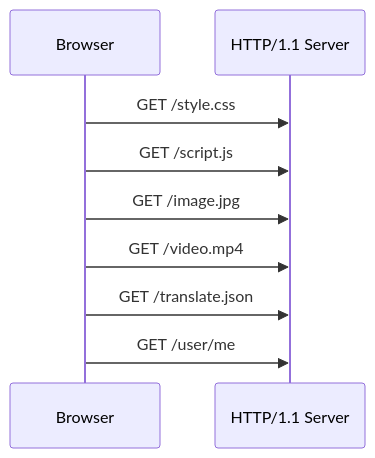
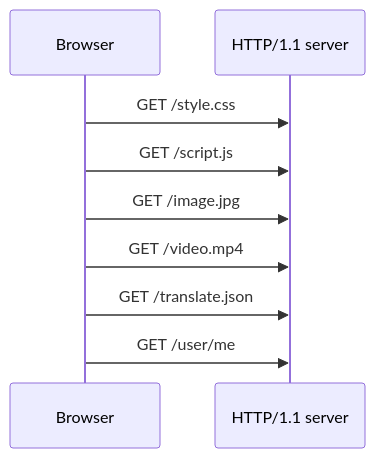
One commit to samuel871211/yusheng-tech-blog changed the diagram in docs/http/http-1.1-pipelining-and-hol-blocking.md. Above: the diagram before and after it, drawn with Mermaid. The commit also changed other lines of this file and 2 other files, not shown here.

Commit message:
http-1.1-pipelining-and-hol-blocking ok, a-download-and-content-disposition ing

````diff
--- a/docs/http/http-1.1-pipelining-and-hol-blocking.md
+++ b/docs/http/http-1.1-pipelining-and-hol-blocking.md
@@ -16,12 +16,12 @@
 ```mermaid
 sequenceDiagram
   participant Browser
-  participant HTTP/1.1 Server
+  participant HTTP/1.1 server
 
-  Browser ->> HTTP/1.1 Server: GET /style.css
-  Browser ->> HTTP/1.1 Server: GET /script.js
-  Browser ->> HTTP/1.1 Server: GET /image.jpg
-  Browser ->> HTTP/1.1 Server: GET /video.mp4
-  Browser ->> HTTP/1.1 Server: GET /translate.json
-  Browser ->> HTTP/1.1 Server: GET /user/me
+  Browser ->> HTTP/1.1 server: GET /style.css
+  Browser ->> HTTP/1.1 server: GET /script.js
+  Browser ->> HTTP/1.1 server: GET /image.jpg
+  Browser ->> HTTP/1.1 server: GET /video.mp4
+  Browser ->> HTTP/1.1 server: GET /translate.json
+  Browser ->> HTTP/1.1 server: GET /user/me
 ```
````
